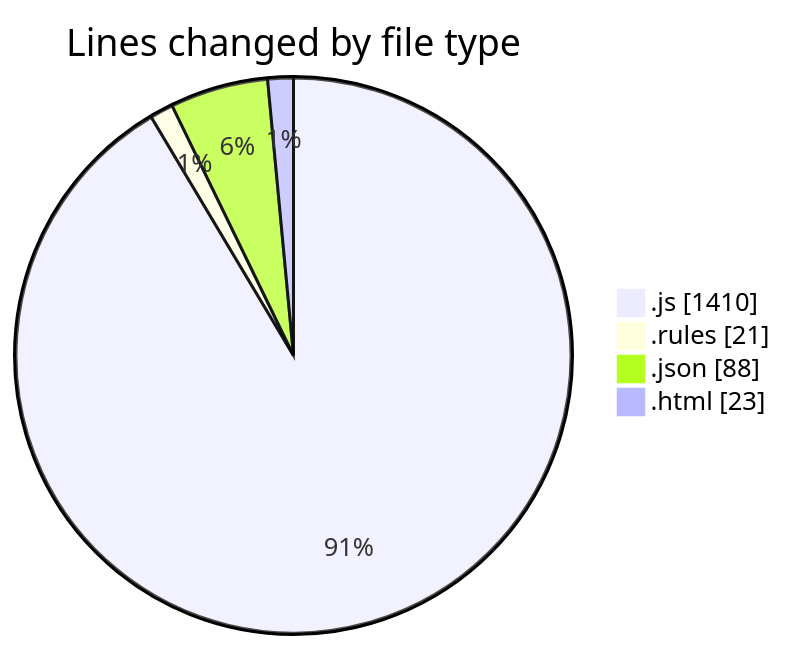
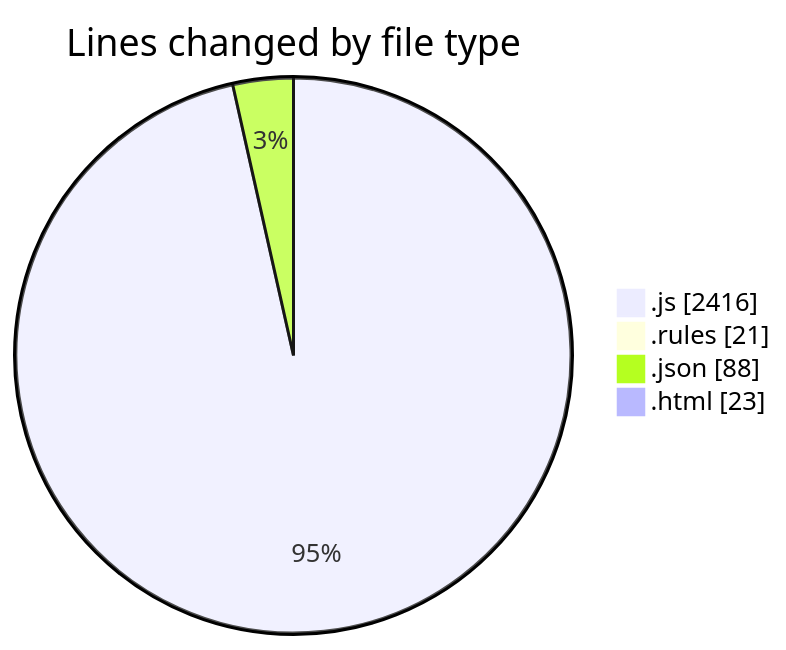
One commit to lephambinh05/code-tracking changed the first of 2 diagrams in 2025-09-01/20m/README.md. Above: the diagram before and after it, drawn with Mermaid. The commit also changed other lines of this file and 1 other file, not shown here.

````diff
--- a/2025-09-01/20m/README.md
+++ b/2025-09-01/20m/README.md
@@ -36,8 +45,8 @@
 ```mermaid
 pie showData
 title Lines changed by file type
-".js" : 1410
+".js" : 2416
 ".rules" : 21
 ".json" : 88
 ".html" : 23
 ```
````
